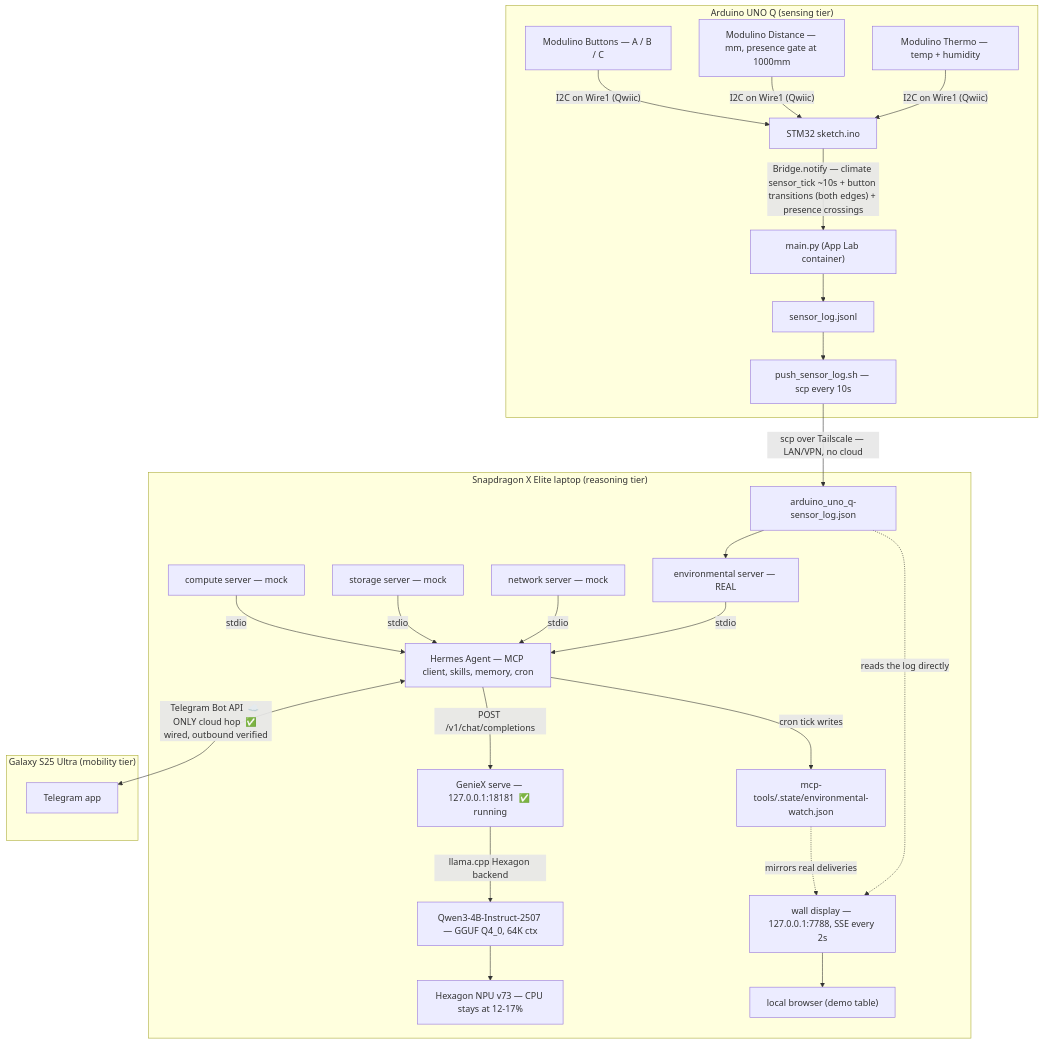
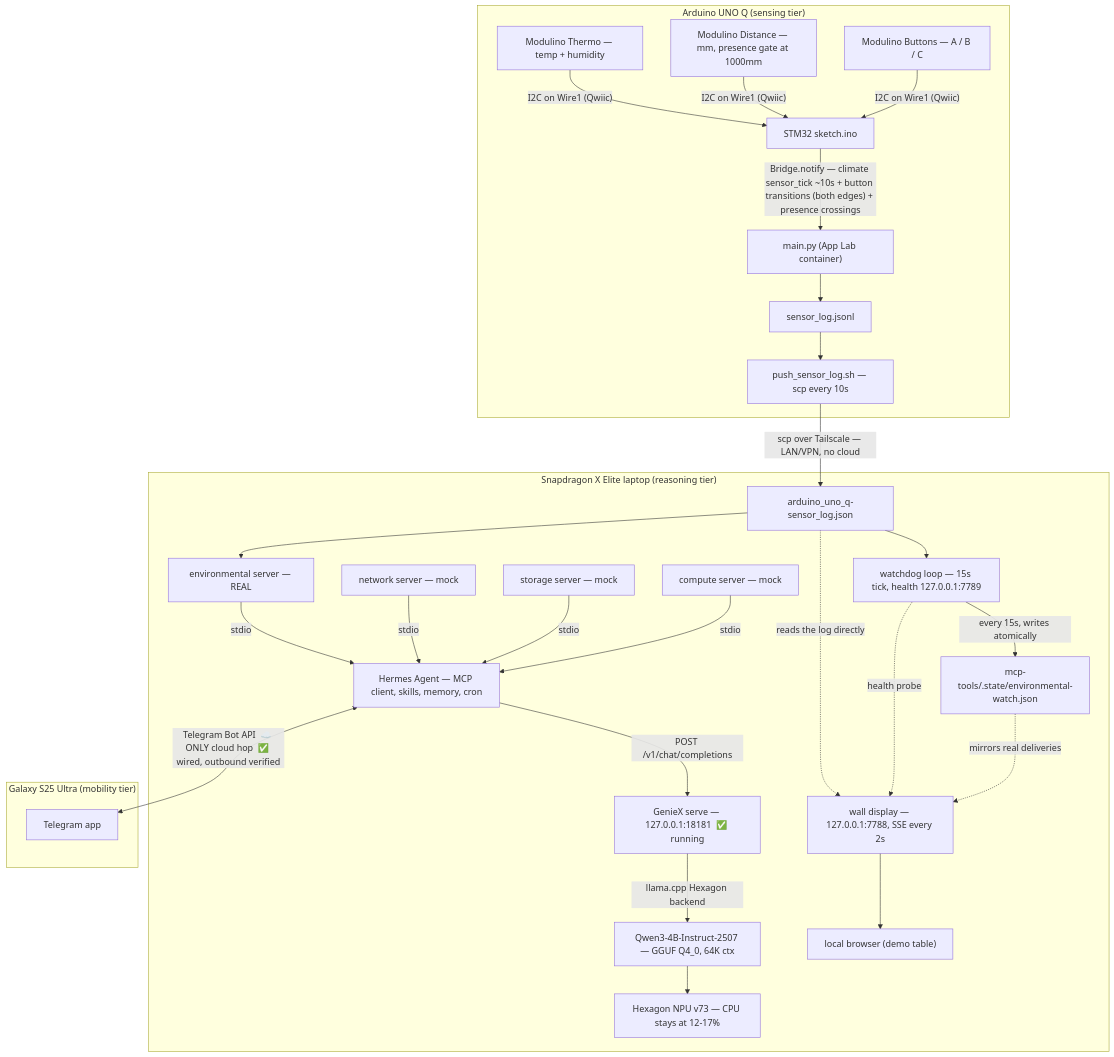
One commit to aryanil89/SMH-Hermes changed the first of 4 diagrams in docs/ARCHITECTURE.md. Above: the diagram before and after it, drawn with Mermaid. The commit also changed other lines of this file and 45 other files, not shown here.

````diff
--- a/docs/ARCHITECTURE.md
+++ b/docs/ARCHITECTURE.md
@@ -17,52 +17,55 @@
 ```mermaid
 flowchart TD
     subgraph board["Arduino UNO Q  (sensing tier)"]
         TH["Modulino Thermo — temp + humidity"]
         DI["Modulino Distance — mm, presence gate at 1000mm"]
         BU["Modulino Buttons — A / B / C"]
         MCU["STM32 sketch.ino"]
         PY["main.py (App Lab container)"]
         LOG["sensor_log.jsonl"]
         PUSH["push_sensor_log.sh — scp every 10s"]
         TH -->|"I2C on Wire1 (Qwiic)"| MCU
         DI -->|"I2C on Wire1 (Qwiic)"| MCU
         BU -->|"I2C on Wire1 (Qwiic)"| MCU
         MCU -->|"Bridge.notify — climate sensor_tick ~10s + button transitions (both edges) + presence crossings"| PY
         PY --> LOG
         LOG --> PUSH
     end
 
     subgraph laptop["Snapdragon X Elite laptop  (reasoning tier)"]
         FILE["arduino_uno_q-sensor_log.json"]
         ENV["environmental server — REAL"]
         NET["network server — mock"]
         STO["storage server — mock"]
         COM["compute server — mock"]
         HA["Hermes Agent — MCP client, skills, memory, cron"]
+        WD["watchdog loop — 15s tick, health 127.0.0.1:7789"]
         GX["GenieX serve — 127.0.0.1:18181  ✅ running"]
         MOD["Qwen3-4B-Instruct-2507 — GGUF Q4_0, 64K ctx"]
         NPU["Hexagon NPU v73 — CPU stays at 12-17%"]
         STATE["mcp-tools/.state/environmental-watch.json"]
         WALL["wall display — 127.0.0.1:7788, SSE every 2s"]
         BROW["local browser (demo table)"]
         FILE --> ENV
         ENV -->|stdio| HA
         NET -->|stdio| HA
         STO -->|stdio| HA
         COM -->|stdio| HA
         HA -->|"POST /v1/chat/completions"| GX
         GX -->|"llama.cpp Hexagon backend"| MOD
         MOD --> NPU
-        HA -->|"cron tick writes"| STATE
+        FILE --> WD
+        WD -->|"every 15s, writes atomically"| STATE
         FILE -.->|"reads the log directly"| WALL
+        WD -.->|"health probe"| WALL
         STATE -.->|"mirrors real deliveries"| WALL
         WALL --> BROW
     end
 
     subgraph phone["Galaxy S25 Ultra  (mobility tier)"]
         TG["Telegram app"]
     end
 
     PUSH -->|"scp over Tailscale — LAN/VPN, no cloud"| FILE
     HA <-->|"Telegram Bot API  ☁️ ONLY cloud hop  ✅ wired, outbound verified"| TG
 ```
````
